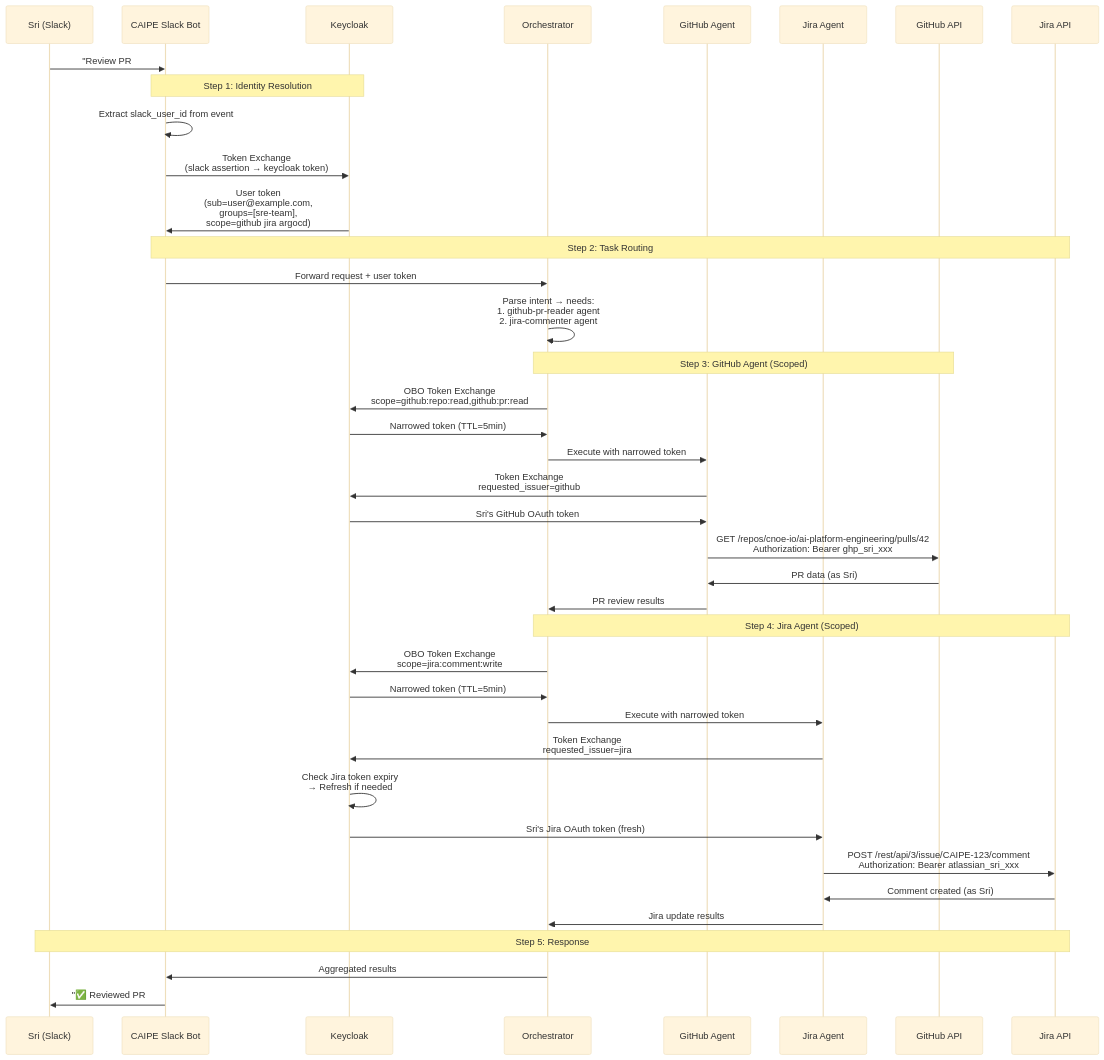
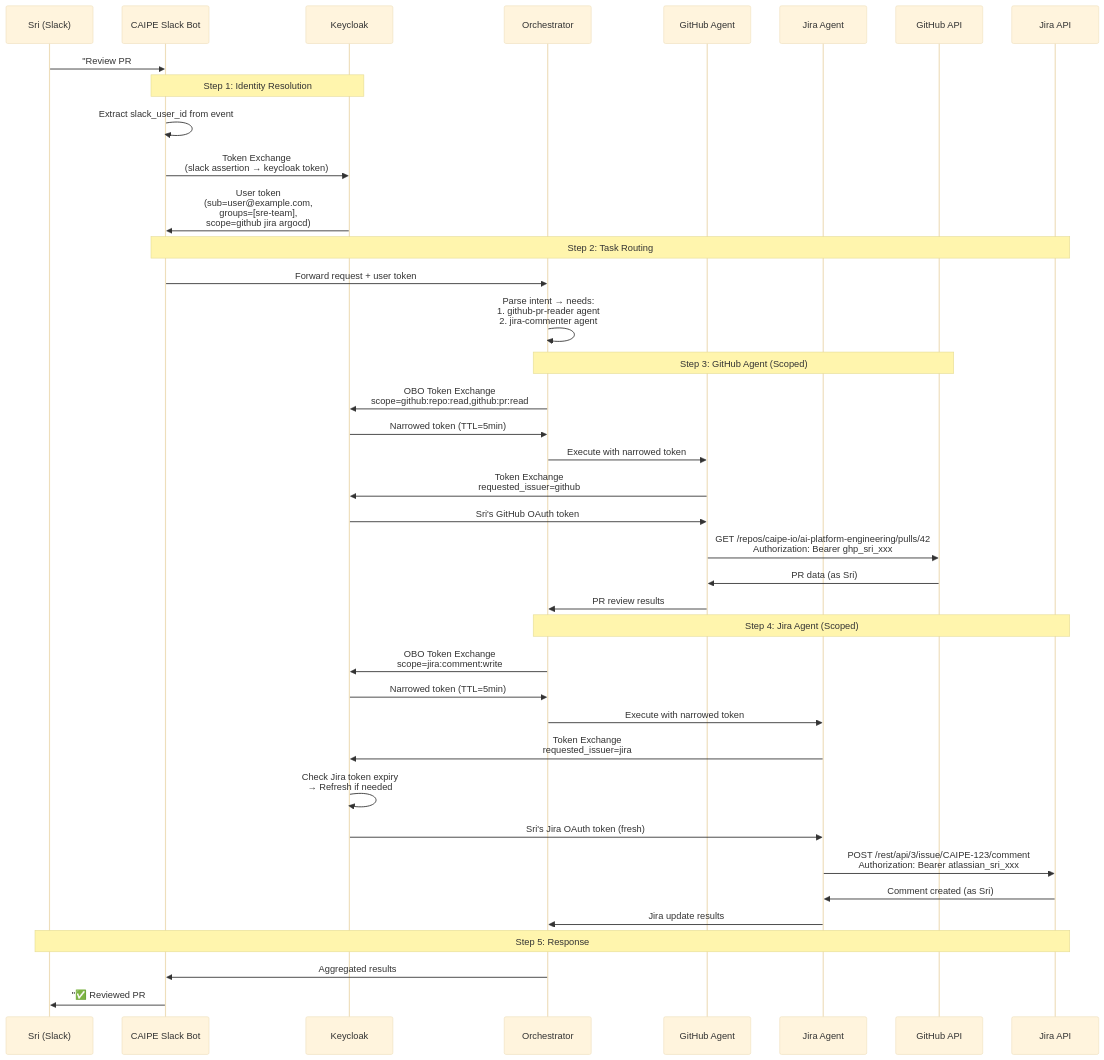
Before and after one commit to cnoe-io/ai-platform-engineering: the ninth of 9 diagrams in docs/docs/architecture/enterprise-identity-federation.md, drawn with Mermaid (base theme). The commit also changed 190 other files, not shown here.

````diff
--- a/docs/docs/architecture/enterprise-identity-federation.md
+++ b/docs/docs/architecture/enterprise-identity-federation.md
@@ -1041,47 +1041,47 @@
 ```mermaid
 sequenceDiagram
     participant U as Sri (Slack)
     participant SB as CAIPE Slack Bot
     participant KC as Keycloak
     participant ORCH as Orchestrator
     participant GH_AGENT as GitHub Agent
     participant JIRA_AGENT as Jira Agent
     participant GH as GitHub API
     participant JIRA as Jira API
 
     U->>SB: "Review PR #42 on caipe repo<br/>and update JIRA CAIPE-123"
 
     Note over SB,KC: Step 1: Identity Resolution
     SB->>SB: Extract slack_user_id from event
     SB->>KC: Token Exchange<br/>(slack assertion → keycloak token)
     KC->>SB: User token<br/>(sub=user@example.com,<br/>groups=[sre-team],<br/>scope=github jira argocd)
 
     Note over SB,JIRA: Step 2: Task Routing
     SB->>ORCH: Forward request + user token
     ORCH->>ORCH: Parse intent → needs:<br/>1. github-pr-reader agent<br/>2. jira-commenter agent
 
     Note over ORCH,GH: Step 3: GitHub Agent (Scoped)
     ORCH->>KC: OBO Token Exchange<br/>scope=github:repo:read,github:pr:read
     KC->>ORCH: Narrowed token (TTL=5min)
     ORCH->>GH_AGENT: Execute with narrowed token
     GH_AGENT->>KC: Token Exchange<br/>requested_issuer=github
     KC->>GH_AGENT: Sri's GitHub OAuth token
-    GH_AGENT->>GH: GET /repos/cnoe-io/ai-platform-engineering/pulls/42<br/>Authorization: Bearer ghp_sri_xxx
+    GH_AGENT->>GH: GET /repos/caipe-io/ai-platform-engineering/pulls/42<br/>Authorization: Bearer ghp_sri_xxx
     GH->>GH_AGENT: PR data (as Sri)
     GH_AGENT->>ORCH: PR review results
 
     Note over ORCH,JIRA: Step 4: Jira Agent (Scoped)
     ORCH->>KC: OBO Token Exchange<br/>scope=jira:comment:write
     KC->>ORCH: Narrowed token (TTL=5min)
     ORCH->>JIRA_AGENT: Execute with narrowed token
     JIRA_AGENT->>KC: Token Exchange<br/>requested_issuer=jira
     KC->>KC: Check Jira token expiry<br/>→ Refresh if needed
     KC->>JIRA_AGENT: Sri's Jira OAuth token (fresh)
     JIRA_AGENT->>JIRA: POST /rest/api/3/issue/CAIPE-123/comment<br/>Authorization: Bearer atlassian_sri_xxx
     JIRA->>JIRA_AGENT: Comment created (as Sri)
     JIRA_AGENT->>ORCH: Jira update results
 
     Note over U,JIRA: Step 5: Response
     ORCH->>SB: Aggregated results
     SB->>U: "✅ Reviewed PR #42: LGTM with 2 minor suggestions.<br/>✅ Updated CAIPE-123 with PR review summary."
 ```
````
